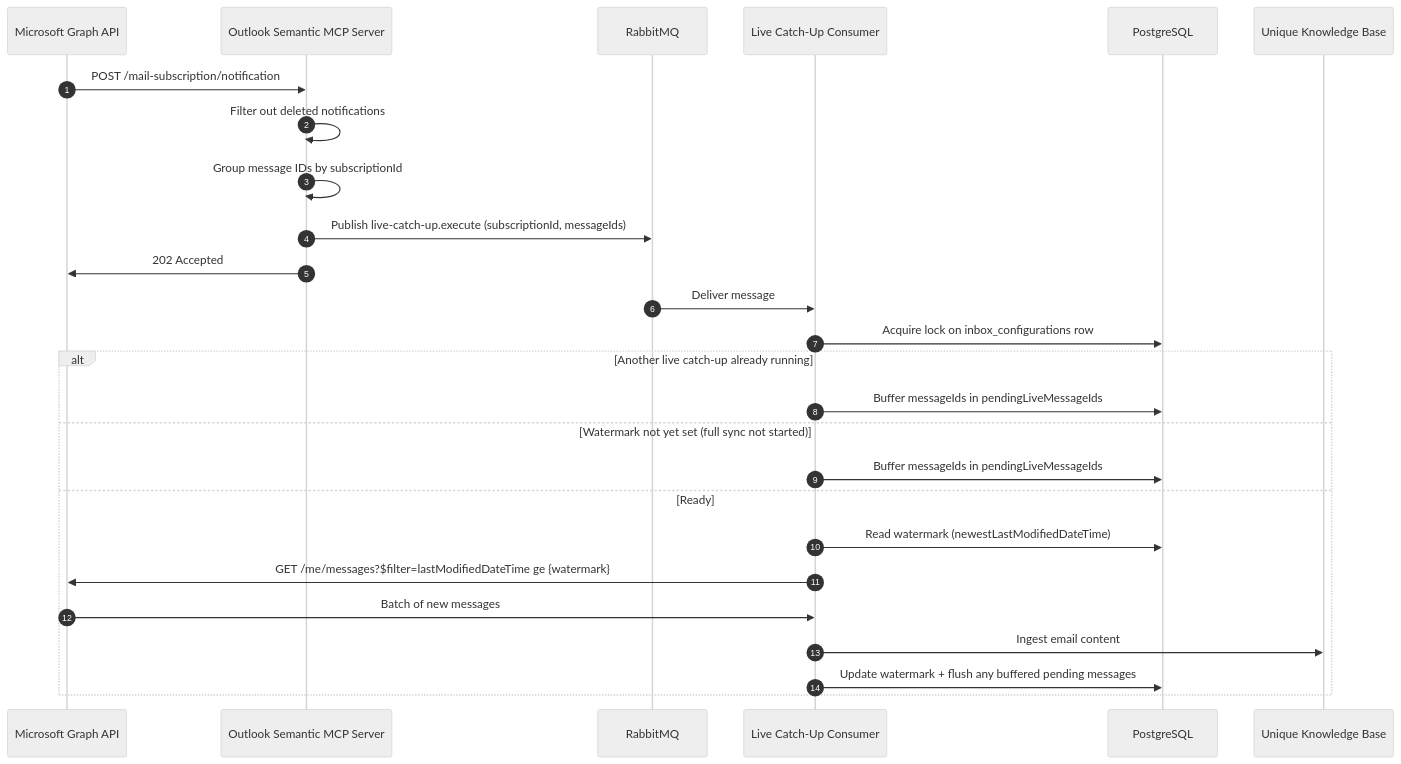
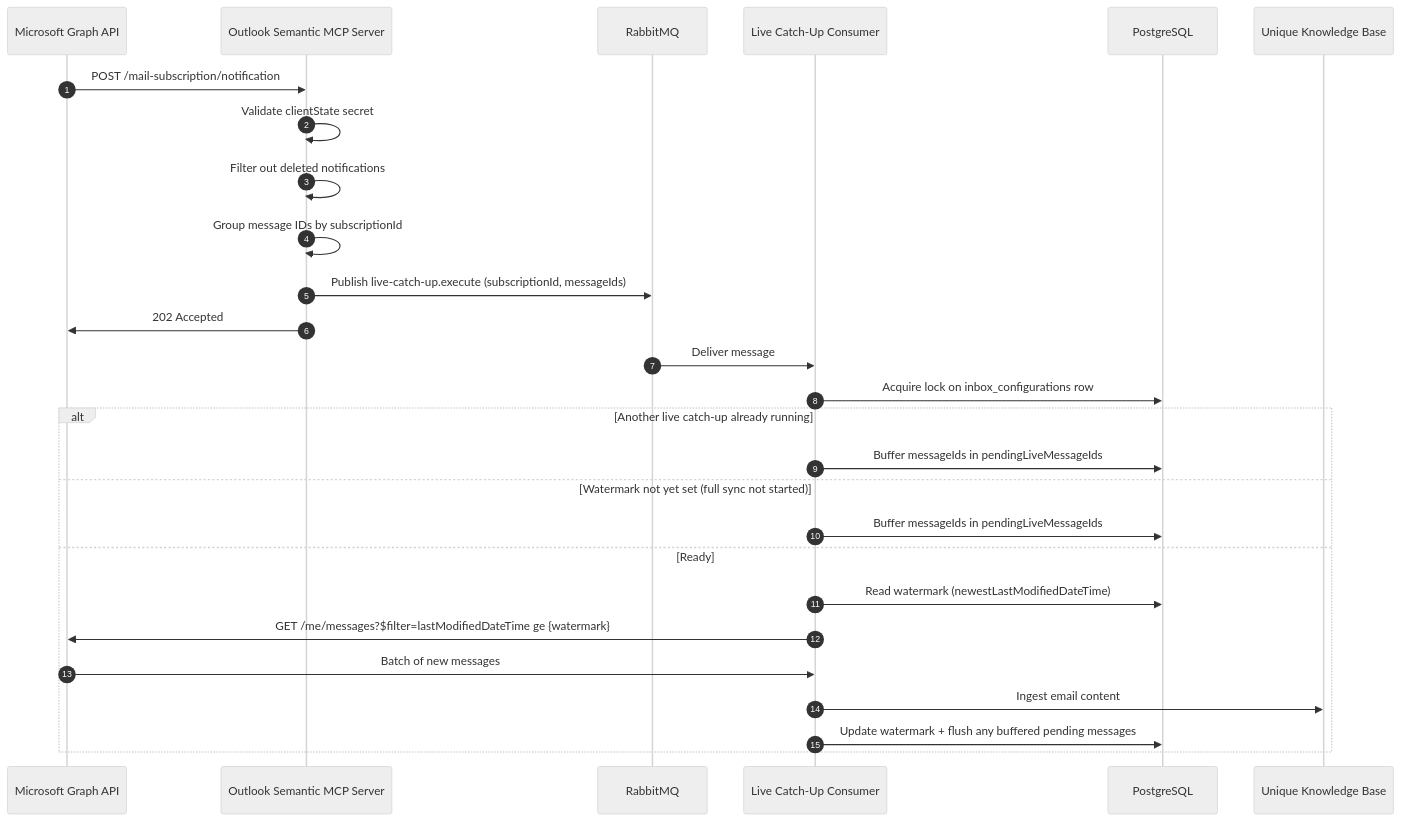
The fourth of 7 diagrams in services/outlook-semantic-mcp/docs/technical/flows.md (Unique-AG/connectors), drawn with Mermaid before and after one commit. The commit also changed 3 other files, not shown here.

````diff
--- a/services/outlook-semantic-mcp/docs/technical/flows.md
+++ b/services/outlook-semantic-mcp/docs/technical/flows.md
@@ -133,31 +133,32 @@
 ```mermaid
 %%{init: {'theme': 'neutral', 'themeVariables': { 'fontSize': '14px' }}}%%
 sequenceDiagram
     autonumber
     participant MSGraph as Microsoft Graph API
     participant OutlookMCP as Outlook Semantic MCP Server
     participant AMQP as RabbitMQ
     participant Consumer as Live Catch-Up Consumer
     participant DB as PostgreSQL
     participant UniqueKB as Unique Knowledge Base
 
     MSGraph->>OutlookMCP: POST /mail-subscription/notification
+    OutlookMCP->>OutlookMCP: Validate clientState secret
     OutlookMCP->>OutlookMCP: Filter out deleted notifications
     OutlookMCP->>OutlookMCP: Group message IDs by subscriptionId
     OutlookMCP->>AMQP: Publish live-catch-up.execute (subscriptionId, messageIds)
     OutlookMCP->>MSGraph: 202 Accepted
 
     AMQP->>Consumer: Deliver message
     Consumer->>DB: Acquire lock on inbox_configurations row
     alt Another live catch-up already running
         Consumer->>DB: Buffer messageIds in pendingLiveMessageIds
     else Watermark not yet set (full sync not started)
         Consumer->>DB: Buffer messageIds in pendingLiveMessageIds
     else Ready
         Consumer->>DB: Read watermark (newestLastModifiedDateTime)
         Consumer->>MSGraph: GET /me/messages?$filter=lastModifiedDateTime ge {watermark}
         MSGraph->>Consumer: Batch of new messages
         Consumer->>UniqueKB: Ingest email content
         Consumer->>DB: Update watermark + flush any buffered pending messages
     end
 ```
````
